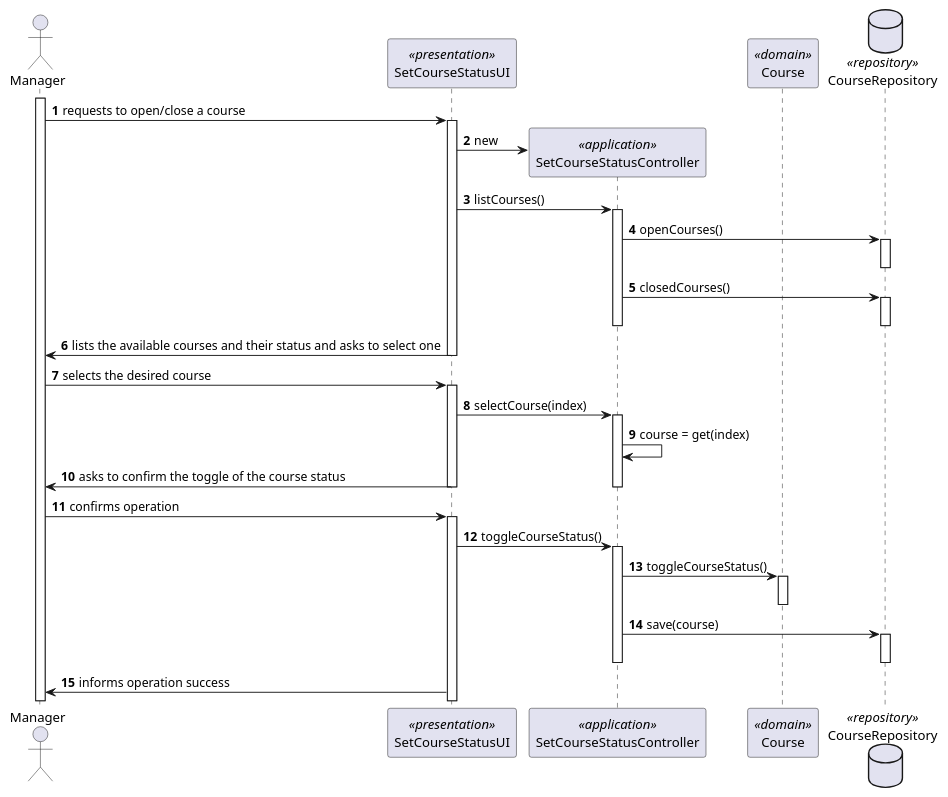
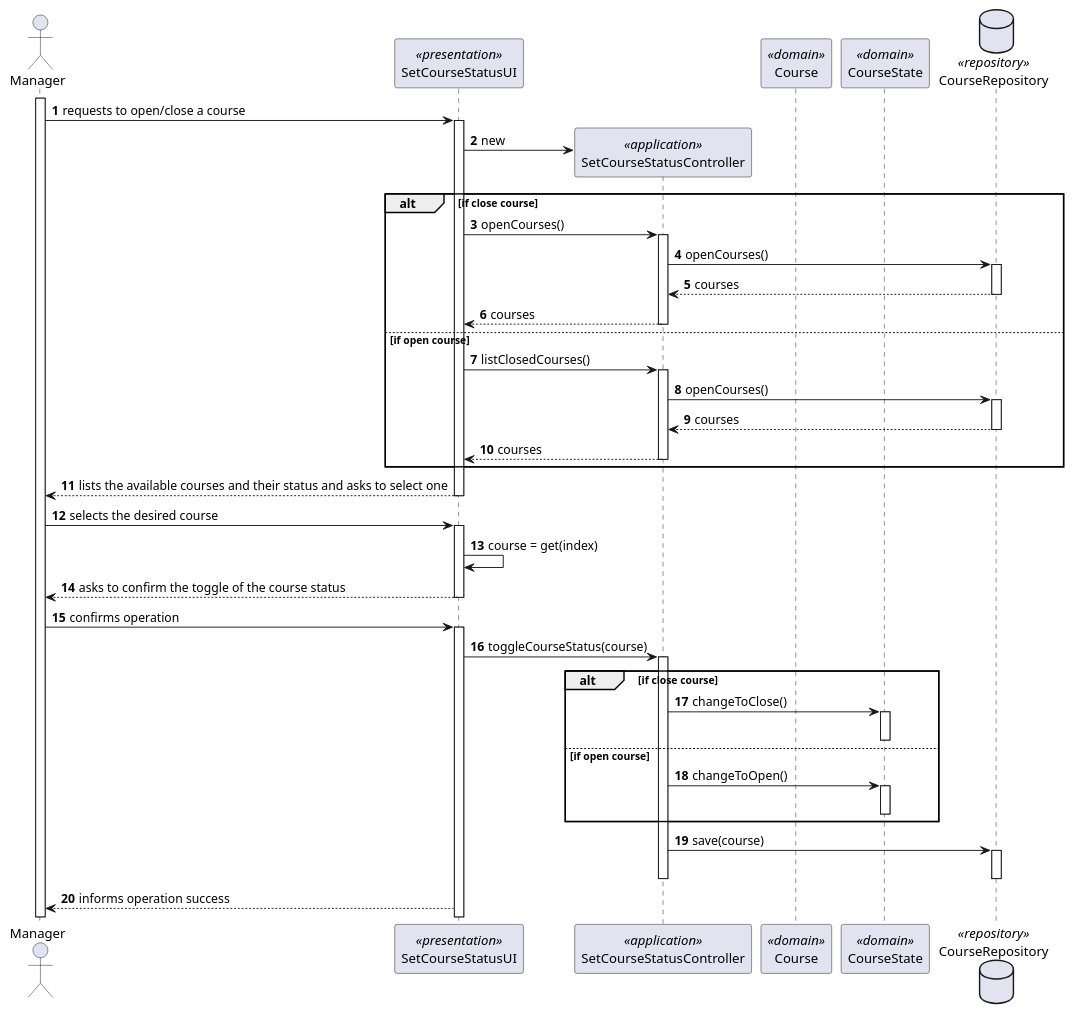
One commit to miseEnPlace-dev/lapr4 changed the diagram in docs/sprint-b/us10-1004/US1004_SD.puml. Above: the diagram before and after it, drawn with PlantUML. The commit also changed 1 other file, not shown here.

```diff
--- a/docs/sprint-b/us10-1004/US1004_SD.puml
+++ b/docs/sprint-b/us10-1004/US1004_SD.puml
@@ -1,79 +1,87 @@
 @startuml US1004_SD
 autonumber
 
 actor "Manager" as M
 
 participant "SetCourseStatusUI" as UI <<presentation>>
 participant "SetCourseStatusController" as CTRL <<application>>
-participant "Course" as C <<domain>>
+participant "Course" as Course <<domain>>
+participant "CourseState" as CourseState <<domain>>
 
 database CourseRepository as REPO <<repository>>
-
 
 activate M
 
 M -> UI: requests to open/close a course
 
 activate UI
 
 UI -> CTRL**: new
 
-UI -> CTRL: listCourses()
+alt if close course
+  UI -> CTRL: openCourses()
+  activate CTRL
+  CTRL -> REPO: openCourses()
+  activate REPO
+  REPO --> CTRL: courses
+  deactivate REPO
+  CTRL --> UI: courses
+  deactivate CTRL
+else if open course
+  UI -> CTRL: listClosedCourses()
 
-activate CTRL
+  activate CTRL
 
-CTRL -> REPO: openCourses()
+  CTRL -> REPO: openCourses()
+  activate REPO
+  REPO --> CTRL: courses
+  deactivate REPO
+  CTRL --> UI: courses
+  deactivate CTRL
+  end
 
-activate REPO
-deactivate REPO
-
-
-CTRL -> REPO: closedCourses()
-
-activate REPO
-deactivate REPO
-
-deactivate CTRL
-
-UI -> M: lists the available courses and their status and asks to select one
+UI --> M: lists the available courses and their status and asks to select one
 
 deactivate UI
 
 M -> UI: selects the desired course
 
 activate UI
 
-UI -> CTRL: selectCourse(index)
+UI -> UI: course = get(index)
 
-activate CTRL
 
-CTRL -> CTRL: course = get(index)
-UI -> M: asks to confirm the toggle of the course status
+UI --> M: asks to confirm the toggle of the course status
 
-deactivate CTRL
 deactivate UI
 
 M -> UI: confirms operation
 
 activate UI
 
-UI -> CTRL: toggleCourseStatus()
+UI -> CTRL: toggleCourseStatus(course)
 
-activate CTRL
+alt if close course
+  activate CTRL
+  CTRL -> CourseState: changeToClose()
+  activate CourseState
+  deactivate CourseState
 
-CTRL -> C: toggleCourseStatus()
+else if open course
 
-activate C
+  CTRL -> CourseState: changeToOpen()
+  activate CourseState
+  deactivate CourseState
+  end
 
-deactivate C
 
 CTRL -> REPO: save(course)
 
 activate REPO
+deactivate REPO
 
-deactivate REPO
 deactivate CTRL
 
-UI -> M: informs operation success
+UI --> M: informs operation success
 
 @enduml
```
